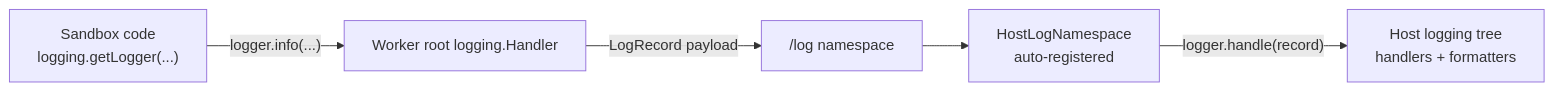
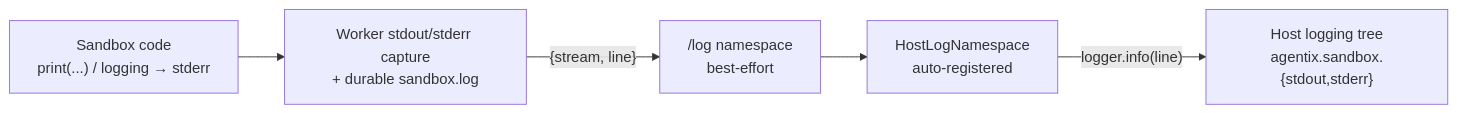
Before and after one commit to Agentix-Project/Agentix: the second of 4 diagrams in docs/concepts/plugins.mdx, drawn with Mermaid. The commit also changed other lines of this file and 30 other files, not shown here.

First line of the commit message:
runtime+abridge: reliability refactor checkpoint + architecture-review fixes

````diff
--- a/docs/concepts/plugins.mdx
+++ b/docs/concepts/plugins.mdx
@@ -89,13 +92,13 @@
 ```mermaid actions={false}
 flowchart LR
-    SandboxLogger["Sandbox code<br/>logging.getLogger(...)"]
-    WorkerHandler["Worker root logging.Handler"]
-    LogNamespace["/log namespace"]
+    SandboxOut["Sandbox code<br/>print(...) / logging → stderr"]
+    Capture["Worker stdout/stderr capture<br/>+ durable sandbox.log"]
+    LogNamespace["/log namespace<br/>best-effort"]
     HostConsumer["HostLogNamespace<br/>auto-registered"]
-    HostLogging["Host logging tree<br/>handlers + formatters"]
+    HostLogging["Host logging tree<br/>agentix.sandbox.{stdout,stderr}"]
 
-    SandboxLogger -->|"logger.info(...)"| WorkerHandler
-    WorkerHandler -->|"LogRecord payload"| LogNamespace
+    SandboxOut --> Capture
+    Capture -->|"{stream, line}"| LogNamespace
     LogNamespace --> HostConsumer
-    HostConsumer -->|"logger.handle(record)"| HostLogging
+    HostConsumer -->|"logger.info(line)"| HostLogging
 ```
````
